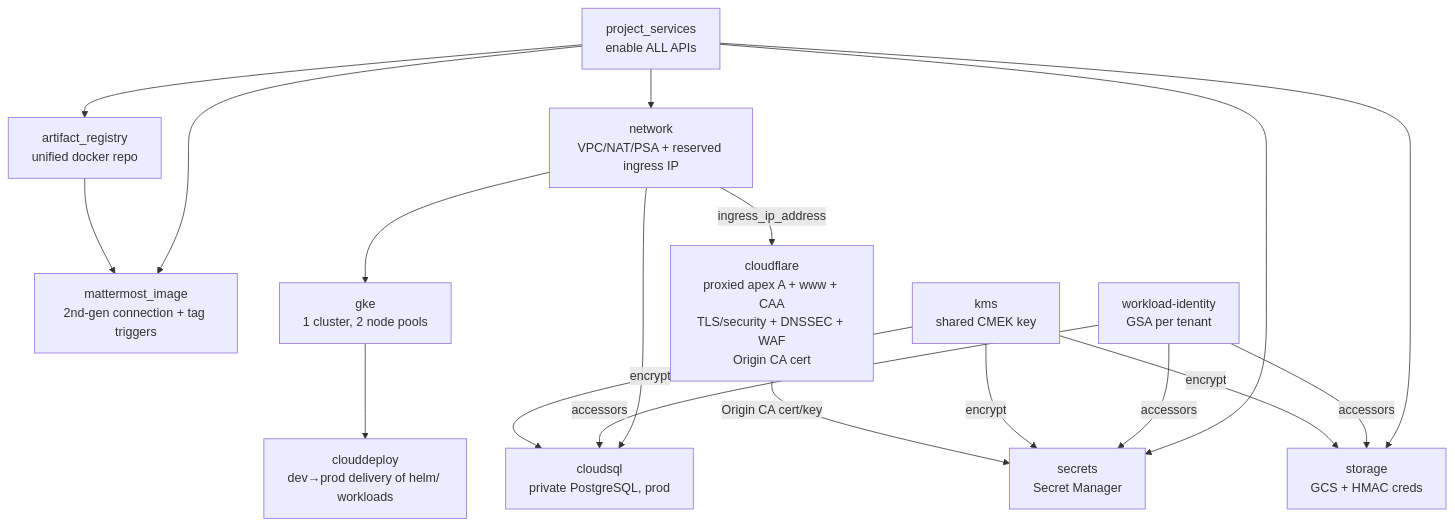
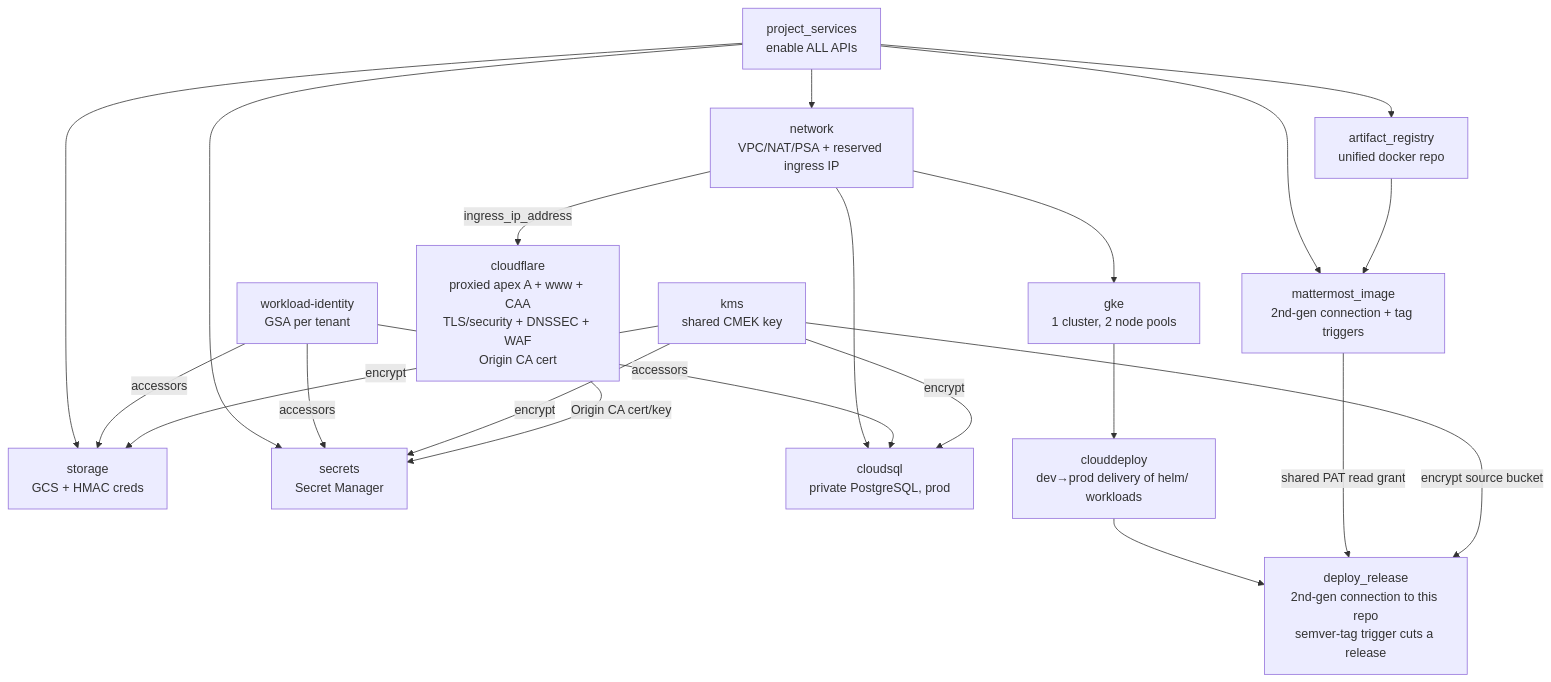
One commit to pilprod/yourown-chat changed the diagram in README.md. Above: the diagram before and after it, drawn with Mermaid. The commit also changed other lines of this file and 12 other files, not shown here.

First line of the commit message:
infra: automate release cutting with a deploy-release component

````diff
--- a/README.md
+++ b/README.md
@@ -121,21 +121,24 @@
 ```mermaid
 graph TD
   PS[project_services<br/>enable ALL APIs] --> NET[network<br/>VPC/NAT/PSA + reserved ingress IP]
   PS --> STO[storage<br/>GCS + HMAC creds]
   PS --> SEC[secrets<br/>Secret Manager]
   PS --> AR[artifact_registry<br/>unified docker repo]
   PS --> IMG[mattermost_image<br/>2nd-gen connection + tag triggers]
   AR --> IMG
   NET --> SQL[cloudsql<br/>private PostgreSQL, prod]
   NET --> GKE[gke<br/>1 cluster, 2 node pools]
   NET -->|ingress_ip_address| CF[cloudflare<br/>proxied apex A + www + CAA<br/>TLS/security + DNSSEC + WAF<br/>Origin CA cert]
   WI[workload-identity<br/>GSA per tenant]
   WI -->|accessors| SQL
   WI -->|accessors| STO
   WI -->|accessors| SEC
   KMS[kms<br/>shared CMEK key] -->|encrypt| SQL
   KMS -->|encrypt| STO
   KMS -->|encrypt| SEC
   GKE --> CD[clouddeploy<br/>dev→prod delivery of helm/ workloads]
   CF -->|Origin CA cert/key| SEC
+  CD --> DR[deploy_release<br/>2nd-gen connection to this repo<br/>semver-tag trigger cuts a release]
+  IMG -->|shared PAT read grant| DR
+  KMS -->|encrypt source bucket| DR
 ```
````
